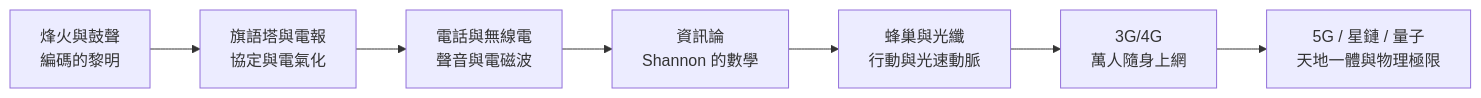
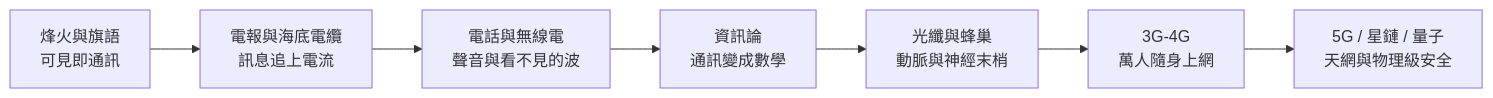
Before and after one commit to cccbook/cccbook2026: the diagram in 小說/科技/通訊技術的故事/00-前言：突破時空的枷鎖.md, drawn with Mermaid. The commit also changed other lines of this file and 222 other files, not shown here.

````diff
--- a/小說/科技/通訊技術的故事/00-前言：突破時空的枷鎖.md
+++ b/小說/科技/通訊技術的故事/00-前言：突破時空的枷鎖.md
@@ -11,9 +12,9 @@
 ```mermaid
 flowchart LR
-    A[烽火與鼓聲<br>編碼的黎明] --> B[旗語塔與電報<br>協定與電氣化]
-    B --> C[電話與無線電<br>聲音與電磁波]
-    C --> D[資訊論<br>Shannon 的數學]
-    D --> E[蜂巢與光纖<br>行動與光速動脈]
-    E --> F[3G/4G<br>萬人隨身上網]
-    F --> G[5G / 星鏈 / 量子<br>天地一體與物理極限]
+    A[烽火與旗語<br>可見即通訊] --> B[電報與海底電纜<br>訊息追上電流]
+    B --> C[電話與無線電<br>聲音與看不見的波]
+    C --> D[資訊論<br>通訊變成數學]
+    D --> E[光纖與蜂巢<br>動脈與神經末梢]
+    E --> F[3G-4G<br>萬人隨身上網]
+    F --> G[5G / 星鏈 / 量子<br>天網與物理級安全]
 ```
````
